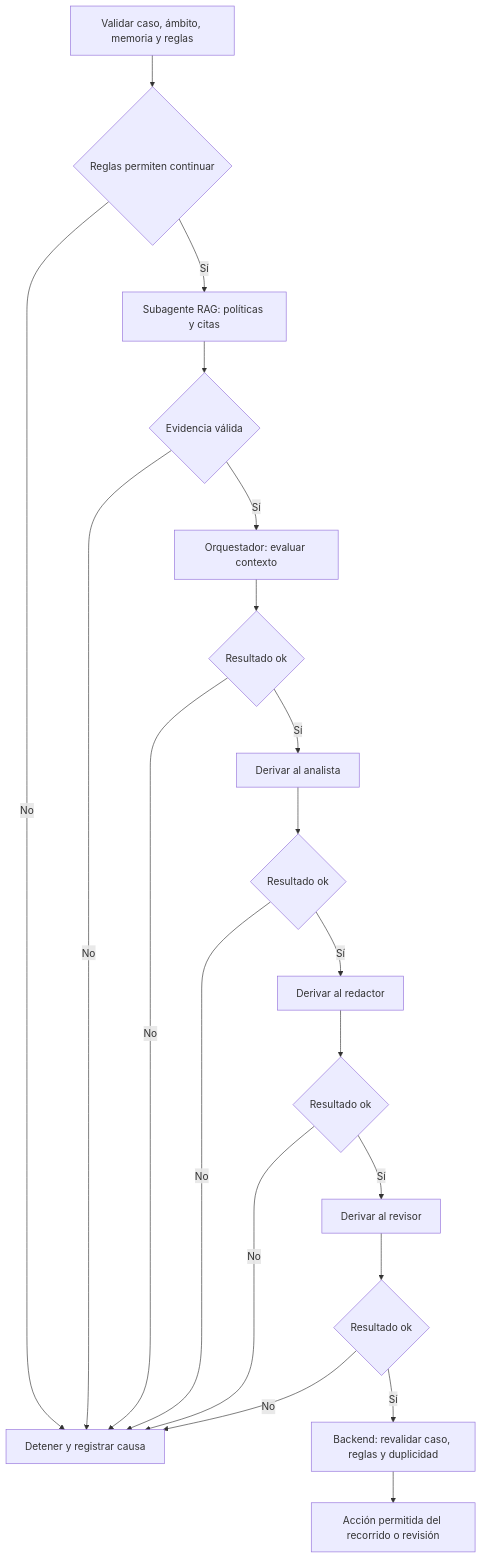
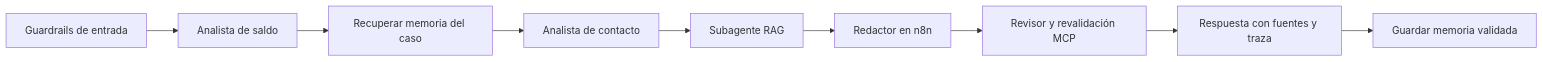
The diagram in agents/orquestador.md (adminagentica/04c_Modulo3_Agentes_MCP_y_Guardrails), drawn with Mermaid before and after one commit. The commit also changed other lines of this file and 38 other files, not shown here.

Commit message:
Unifica supervisor, especialistas, memoria, guardrails, MCP y RAG

````diff
--- a/agents/orquestador.md
+++ b/agents/orquestador.md
@@ -42,22 +30,11 @@
 ```mermaid
-flowchart TD
- A[Validar caso, ámbito, memoria y reglas] --> B{Reglas permiten continuar}
- B -->|No| X[Detener y registrar causa]
- B -->|Sí| R[Subagente RAG: políticas y citas]
- R --> V{Evidencia válida}
- V -->|No| X
- V -->|Sí| O[Orquestador: evaluar contexto]
- O --> C{Resultado ok}
- C -->|No| X
- C -->|Sí| AN[Derivar al analista]
- AN --> D{Resultado ok}
- D -->|No| X
- D -->|Sí| RD[Derivar al redactor]
- RD --> E{Resultado ok}
- E -->|No| X
- E -->|Sí| RV[Derivar al revisor]
- RV --> F{Resultado ok}
- F -->|No| X
- F -->|Sí| BK[Backend: revalidar caso, reglas y duplicidad]
- BK --> Y[Acción permitida del recorrido o revisión]
+flowchart LR
+ A[Guardrails de entrada] --> B[Analista de saldo]
+ B --> M[Recuperar memoria del caso]
+ M --> C[Analista de contacto]
+ C --> R[Subagente RAG]
+ R --> D[Redactor en n8n]
+ D --> V[Revisor y revalidación MCP]
+ V --> S[Respuesta con fuentes y traza]
+ S --> MM[Guardar memoria validada]
 ```
````
